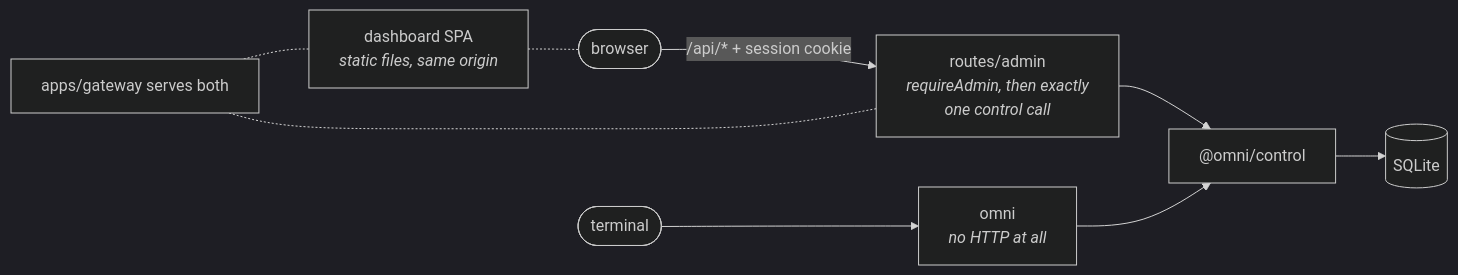
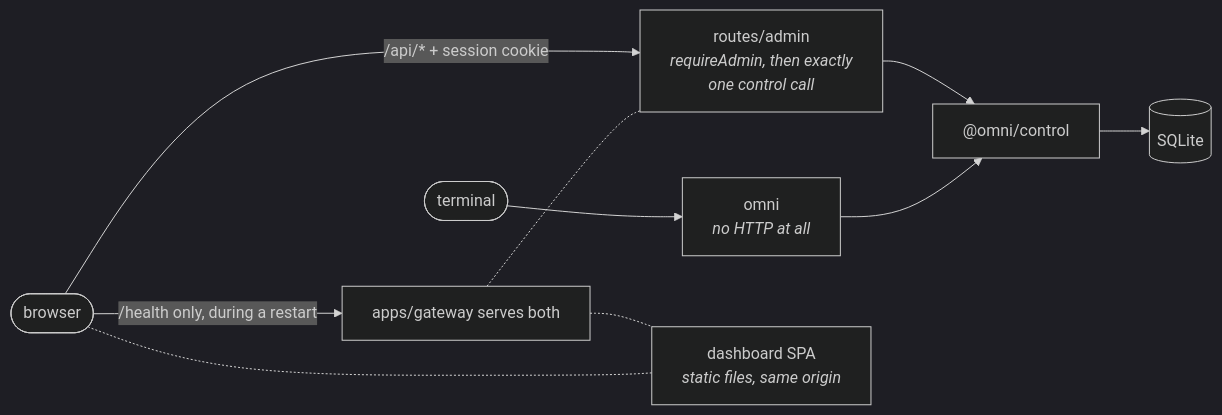
The tenth of 16 diagrams in ARCHITECTURE.md (harismawan/omnigateway), drawn with Mermaid (dark theme) before and after one commit. The commit also changed other lines of this file and 2 other files, not shown here.

First line of the commit message:
docs: correct README and ARCHITECTURE against the code

````diff
--- a/ARCHITECTURE.md
+++ b/ARCHITECTURE.md
@@ -578,12 +374,14 @@
 ```mermaid
 flowchart LR
   browser(["browser"]) -- "/api/* + session cookie" --> admin["routes/admin<br/><i>requireAdmin, then exactly<br/>one control call</i>"]
   admin --> control["@omni/control"]
   term(["terminal"]) --> omni["omni<br/><i>no HTTP at all</i>"]
   omni --> control
   control --> db[("SQLite")]
 
   spa["dashboard SPA<br/><i>static files, same origin</i>"] -.- browser
   gw["apps/gateway serves both"] -.- spa
   gw -.- admin
+
+  browser -- "/health only, during a restart" --> gw
 ```
````
